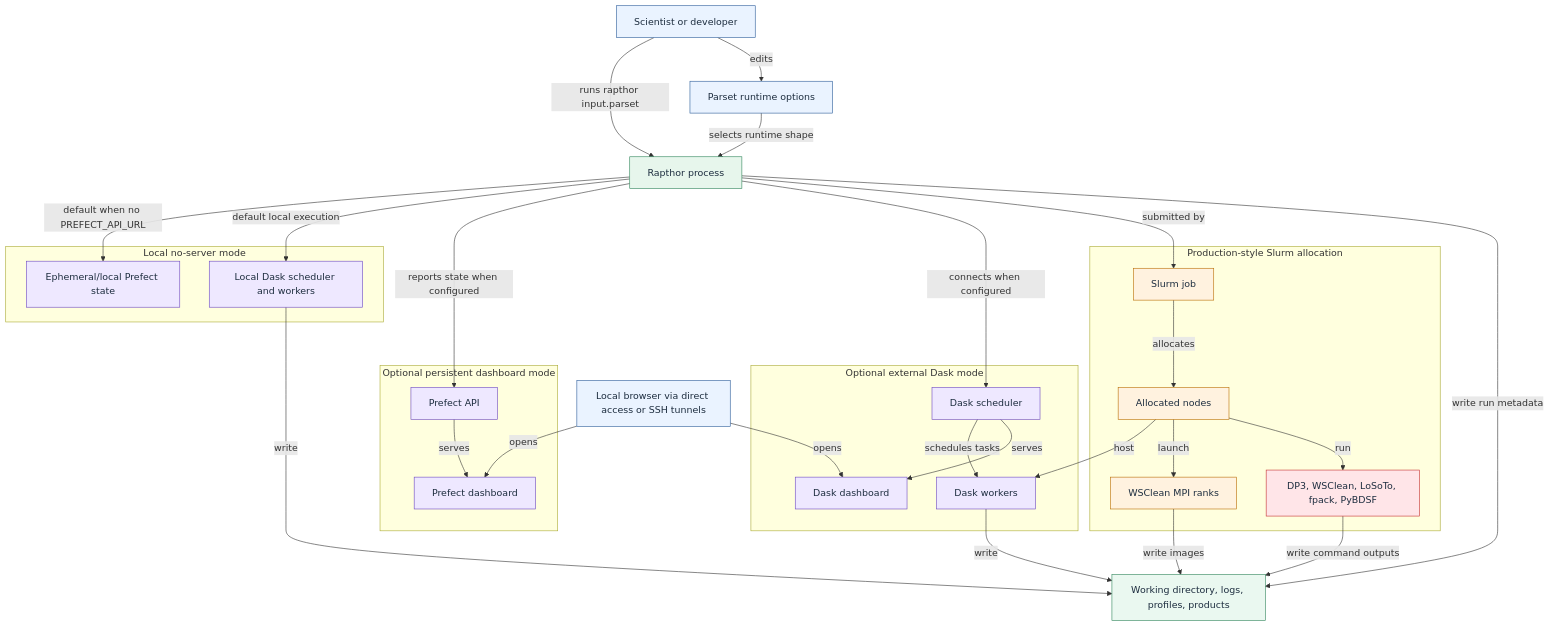
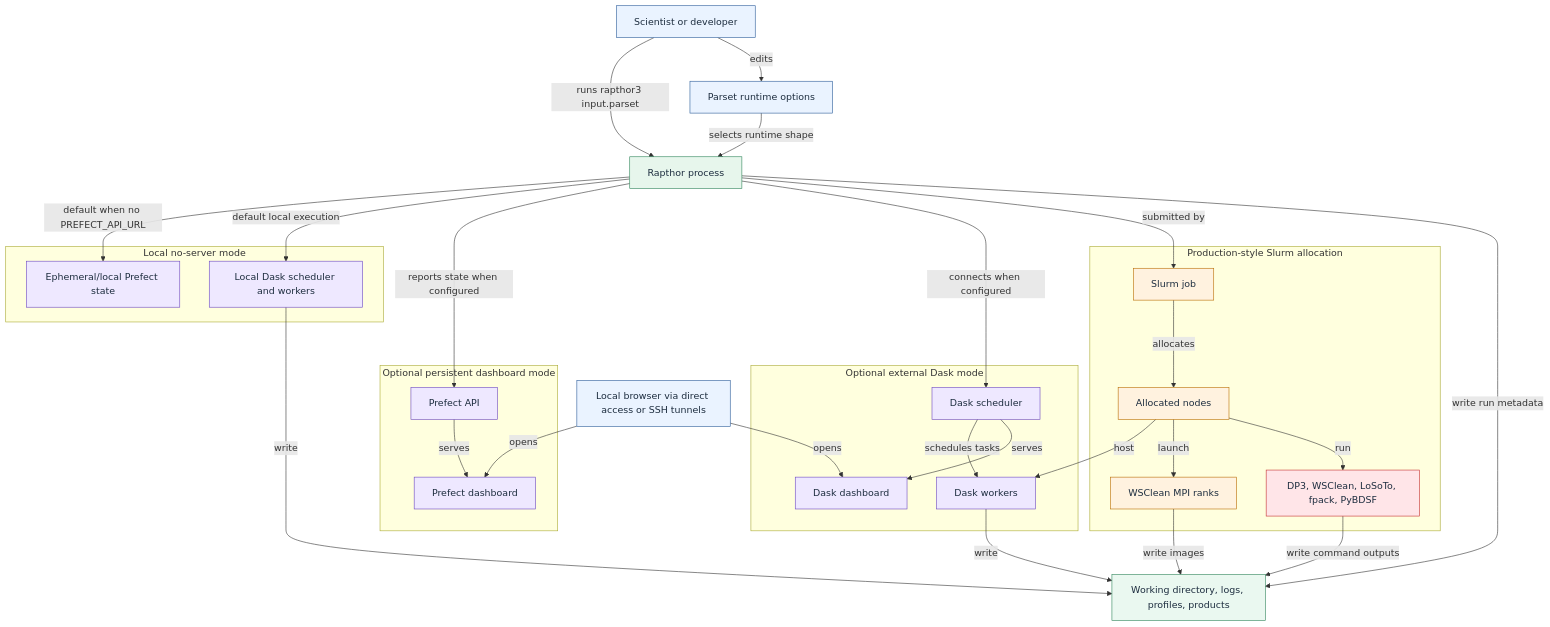
The diagram in docs/source/development/rapthor_runtime_deployment_connector_view.mmd (darafferty/rapthor), drawn with Mermaid before and after one commit. The commit also changed 24 other files, not shown here.

```diff
--- a/docs/source/development/rapthor_runtime_deployment_connector_view.mmd
+++ b/docs/source/development/rapthor_runtime_deployment_connector_view.mmd
@@ -1,72 +1,72 @@
 flowchart TB
     classDef user fill:#eaf3ff,stroke:#2b5c99,color:#1d2d3f
     classDef process fill:#e7f6ec,stroke:#2f855a,color:#1d2d3f
     classDef runtime fill:#eee8ff,stroke:#6b46c1,color:#1d2d3f
     classDef slurm fill:#fff2df,stroke:#b96c00,color:#1d2d3f
     classDef external fill:#ffe5e8,stroke:#c53030,color:#1d2d3f
     classDef product fill:#eaf8f0,stroke:#2f855a,color:#1d2d3f
 
     scientist["Scientist or developer"]
     parset["Parset runtime options"]
     rapthor_proc["Rapthor process"]
 
     subgraph local_no_server["Local no-server mode"]
         ephemeral_prefect["Ephemeral/local Prefect state"]
         local_dask["Local Dask scheduler and workers"]
     end
 
     subgraph persistent_dashboard["Optional persistent dashboard mode"]
         prefect_api["Prefect API"]
         prefect_dashboard["Prefect dashboard"]
     end
 
     subgraph external_dask["Optional external Dask mode"]
         dask_scheduler["Dask scheduler"]
         dask_workers["Dask workers"]
         dask_dashboard["Dask dashboard"]
     end
 
     subgraph slurm_allocation["Production-style Slurm allocation"]
         slurm_job["Slurm job"]
         worker_nodes["Allocated nodes"]
         mpi_wsclean["WSClean MPI ranks"]
         node_tools["DP3, WSClean, LoSoTo, fpack, PyBDSF"]
     end
 
     products["Working directory, logs, profiles, products"]
     browser["Local browser via direct access or SSH tunnels"]
 
-    scientist -->|runs rapthor input.parset| rapthor_proc
+    scientist -->|runs rapthor3 input.parset| rapthor_proc
     scientist -->|edits| parset
     parset -->|selects runtime shape| rapthor_proc
 
     rapthor_proc -->|default when no PREFECT_API_URL| ephemeral_prefect
     rapthor_proc -->|default local execution| local_dask
 
     rapthor_proc -->|reports state when configured| prefect_api
     prefect_api -->|serves| prefect_dashboard
     browser -->|opens| prefect_dashboard
 
     rapthor_proc -->|connects when configured| dask_scheduler
     dask_scheduler -->|schedules tasks| dask_workers
     dask_scheduler -->|serves| dask_dashboard
     browser -->|opens| dask_dashboard
 
     rapthor_proc -->|submitted by| slurm_job
     slurm_job -->|allocates| worker_nodes
     worker_nodes -->|host| dask_workers
     worker_nodes -->|launch| mpi_wsclean
     worker_nodes -->|run| node_tools
 
     local_dask -->|write| products
     dask_workers -->|write| products
     mpi_wsclean -->|write images| products
     node_tools -->|write command outputs| products
     rapthor_proc -->|write run metadata| products
 
     class scientist,browser,parset user
     class rapthor_proc process
     class ephemeral_prefect,local_dask,prefect_api,prefect_dashboard,dask_scheduler,dask_workers,dask_dashboard runtime
     class slurm_job,worker_nodes,mpi_wsclean slurm
     class node_tools external
     class products product
```
